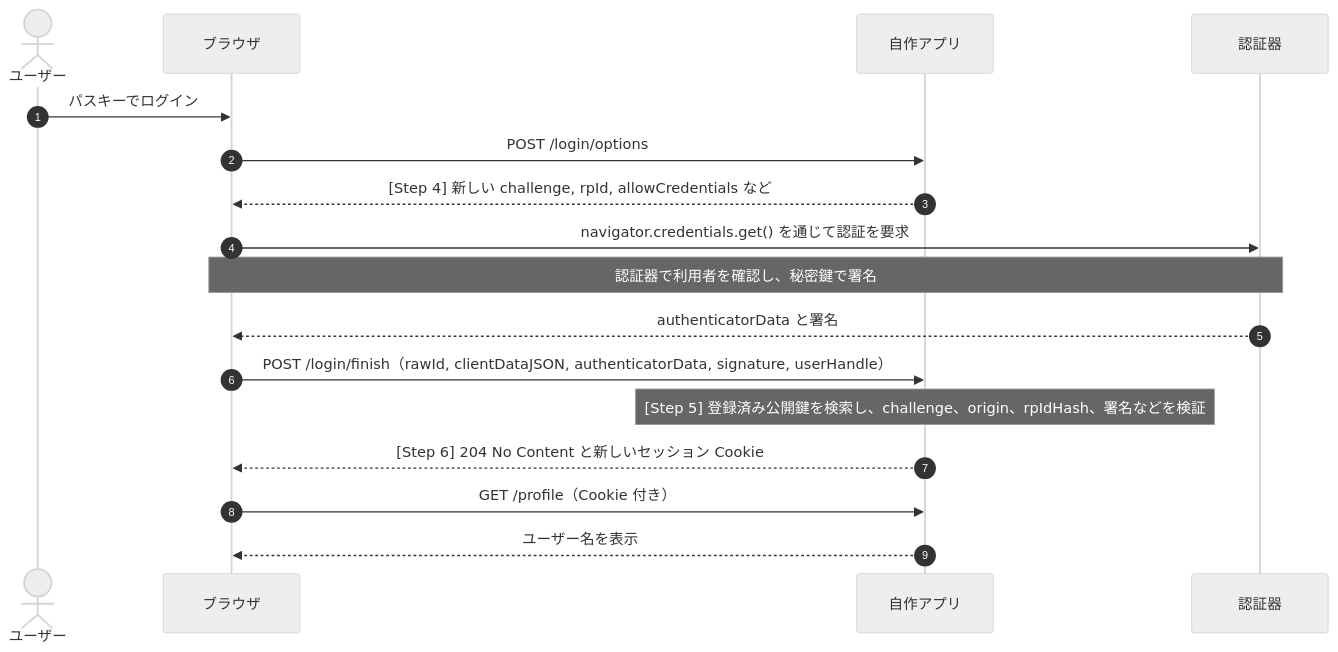
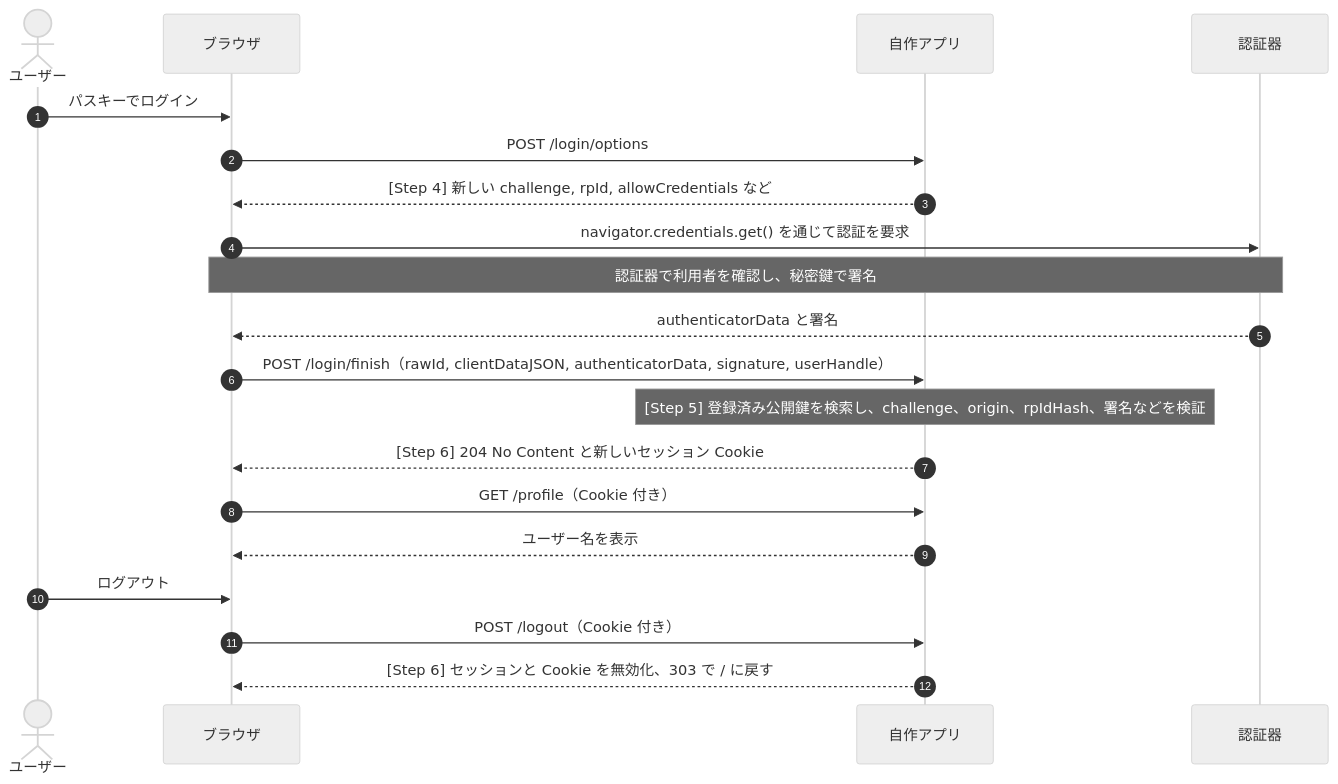
Before and after one commit to Da-1kun/study-Auth: the second of 2 diagrams in webauthn/README.md, drawn with Mermaid (neutral theme). The commit also changed other lines of this file and 4 other files, not shown here.

````diff
--- a/webauthn/README.md
+++ b/webauthn/README.md
@@ -45,20 +45,23 @@
 ```mermaid
 sequenceDiagram
     autonumber
     actor U as ユーザー
     participant B as ブラウザ
     participant A as 自作アプリ
     participant K as 認証器
 
     U->>B: パスキーでログイン
     B->>A: POST /login/options
     A-->>B: [Step 4] 新しい challenge, rpId, allowCredentials など
     B->>K: navigator.credentials.get() を通じて認証を要求
     Note over B,K: 認証器で利用者を確認し、秘密鍵で署名
     K-->>B: authenticatorData と署名
     B->>A: POST /login/finish（rawId, clientDataJSON, authenticatorData, signature, userHandle）
     Note over A: [Step 5] 登録済み公開鍵を検索し、challenge、origin、rpIdHash、署名などを検証
     A-->>B: [Step 6] 204 No Content と新しいセッション Cookie
     B->>A: GET /profile（Cookie 付き）
     A-->>B: ユーザー名を表示
+    U->>B: ログアウト
+    B->>A: POST /logout（Cookie 付き）
+    A-->>B: [Step 6] セッションと Cookie を無効化、303 で / に戻す
 ```
````
